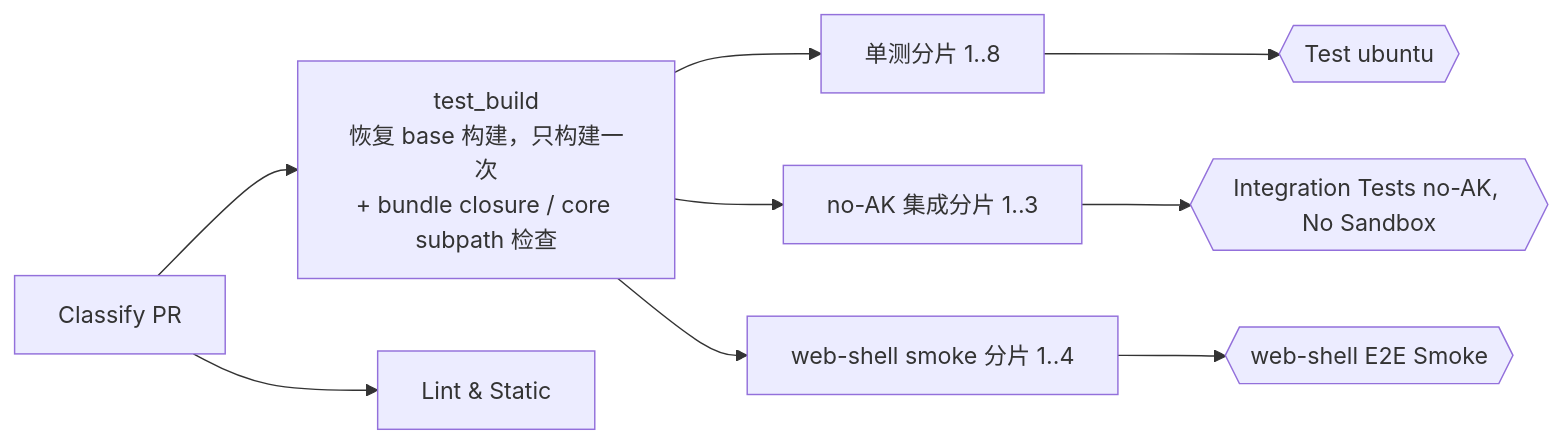
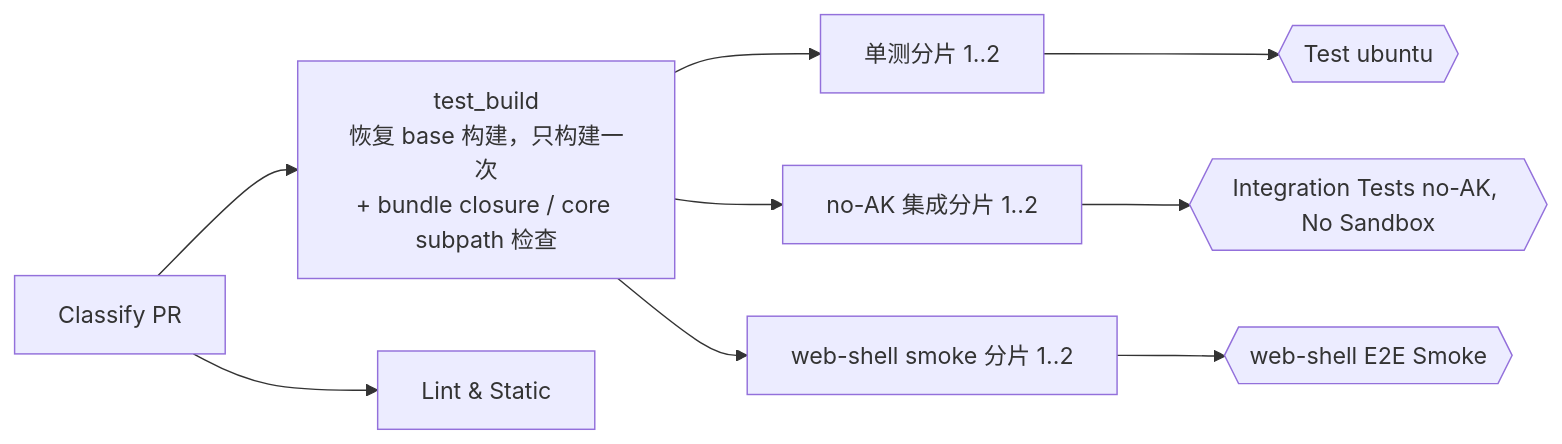
Before and after one commit to QwenLM/qwen-code: the diagram in docs/design/2026-11-06-ci-pr-critical-path.zh-CN.md, drawn with Mermaid. The commit also changed other lines of this file and 14 other files, not shown here.

````diff
--- a/docs/design/2026-11-06-ci-pr-critical-path.zh-CN.md
+++ b/docs/design/2026-11-06-ci-pr-critical-path.zh-CN.md
@@ -37,11 +37,11 @@
 ```mermaid
 flowchart LR
     C[Classify PR] --> B[test_build<br/>恢复 base 构建，只构建一次<br/>+ bundle closure / core subpath 检查]
     C --> L[Lint & Static]
-    B --> U[单测分片 1..8]
-    B --> I[no-AK 集成分片 1..3]
-    B --> W[web-shell smoke 分片 1..4]
+    B --> U[单测分片 1..2]
+    B --> I[no-AK 集成分片 1..2]
+    B --> W[web-shell smoke 分片 1..2]
     U --> T{{Test ubuntu}}
     I --> R{{Integration Tests no-AK, No Sandbox}}
     W --> WR{{web-shell E2E Smoke}}
 ```
````
